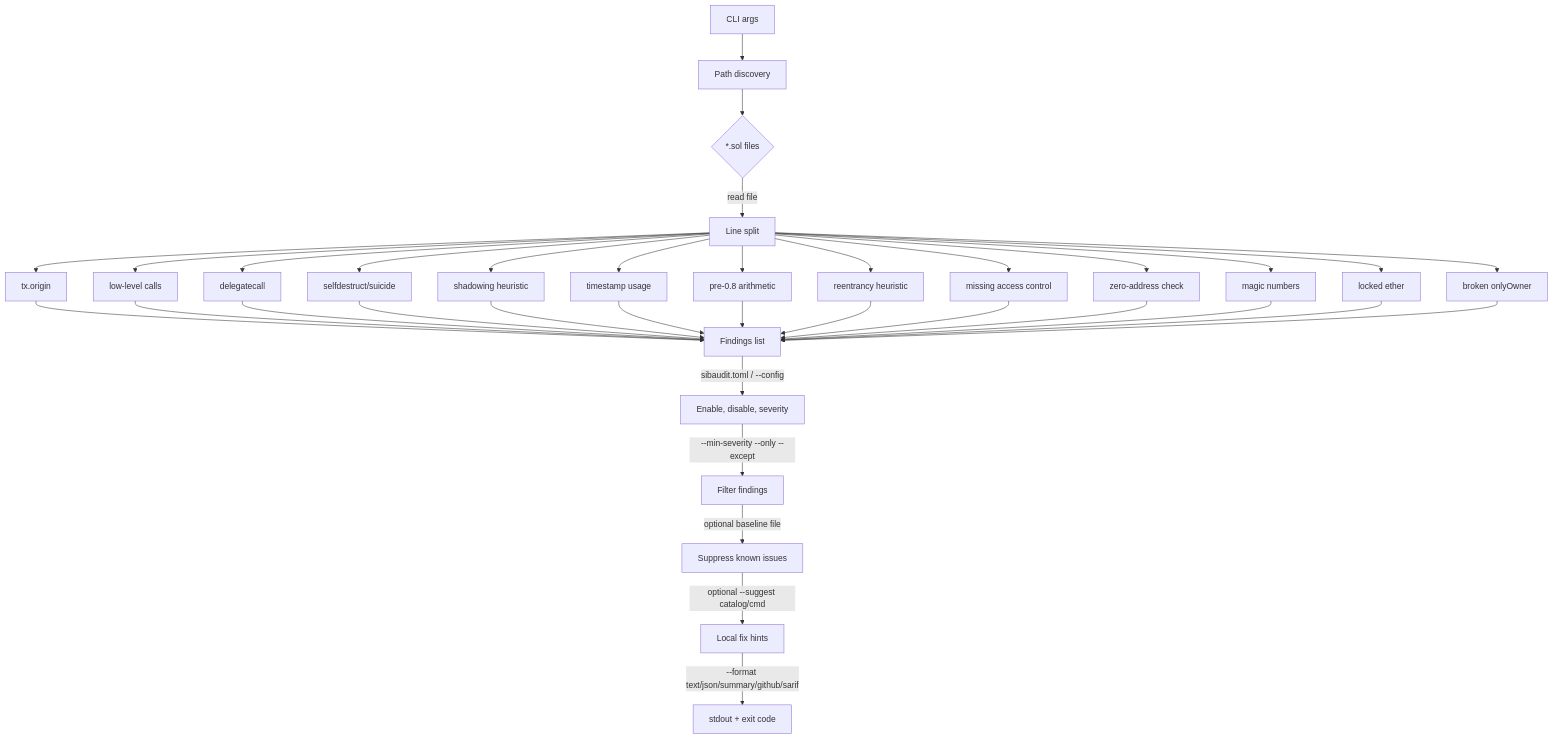
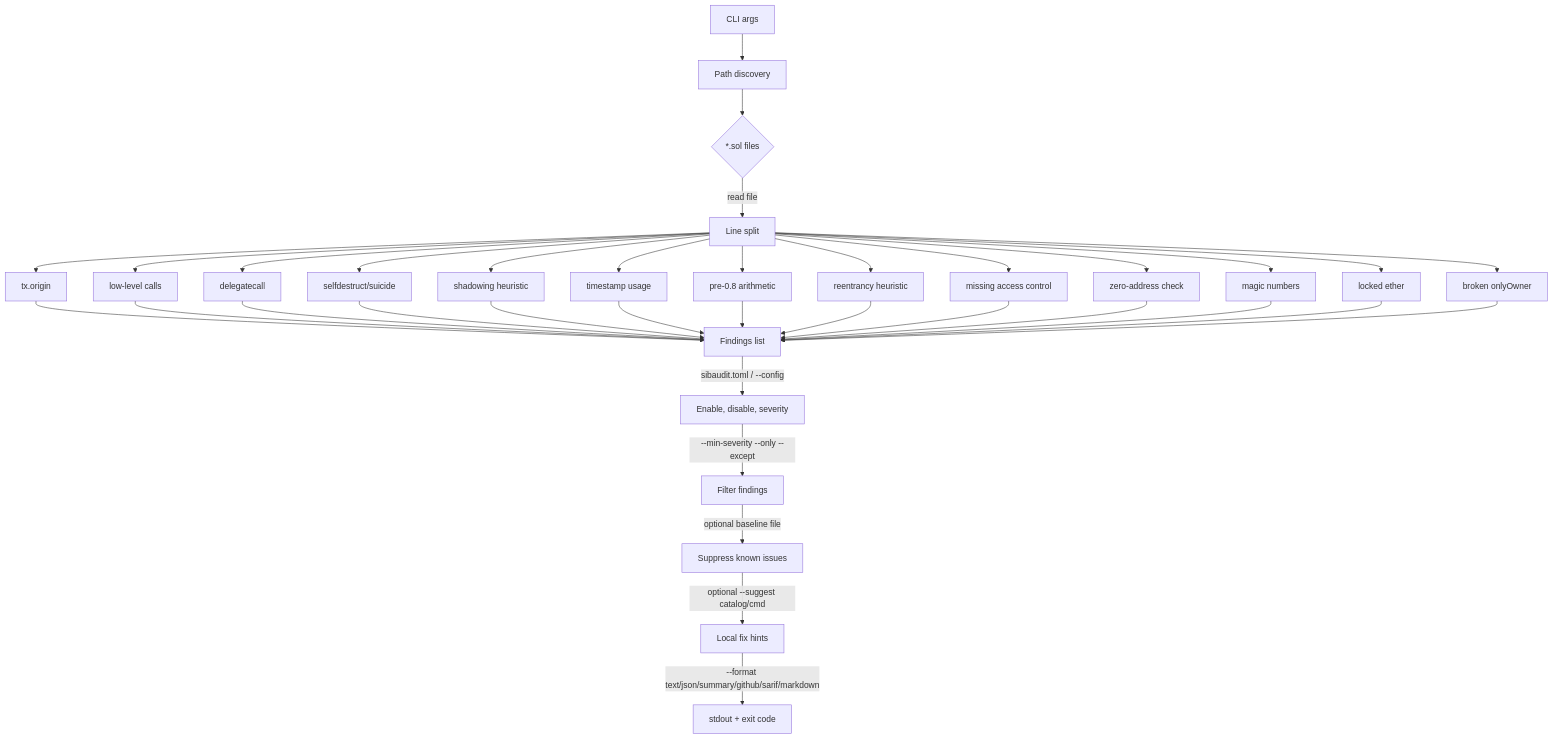
The diagram in README.md (SibghatUllah1997/audit-agent-py), drawn with Mermaid before and after one commit. The commit also changed other lines of this file and 6 other files, not shown here.

````diff
--- a/README.md
+++ b/README.md
@@ -382,25 +394,25 @@
 ```mermaid
 flowchart TD
     A[CLI args] --> B[Path discovery]
     B --> C{*.sol files}
     C -->|read file| D[Line split]
     D --> E1[tx.origin]
     D --> E2[low-level calls]
     D --> E3[delegatecall]
     D --> E4[selfdestruct/suicide]
     D --> E5[shadowing heuristic]
     D --> E6[timestamp usage]
     D --> E7[pre-0.8 arithmetic]
     D --> E8[reentrancy heuristic]
     D --> E9[missing access control]
     D --> E10[zero-address check]
     D --> E11[magic numbers]
     D --> E12[locked ether]
     D --> E13[broken onlyOwner]
     E1 & E2 & E3 & E4 & E5 & E6 & E7 & E8 & E9 & E10 & E11 & E12 & E13 --> F[Findings list]
     F -->|sibaudit.toml / --config| CFG[Enable, disable, severity]
     CFG -->|--min-severity --only --except| FLT[Filter findings]
     FLT -->|optional baseline file| G[Suppress known issues]
     G -->|optional --suggest catalog/cmd| I[Local fix hints]
-    I -->|--format text/json/summary/github/sarif| H[stdout + exit code]
+    I -->|--format text/json/summary/github/sarif/markdown| H[stdout + exit code]
 ```
````
